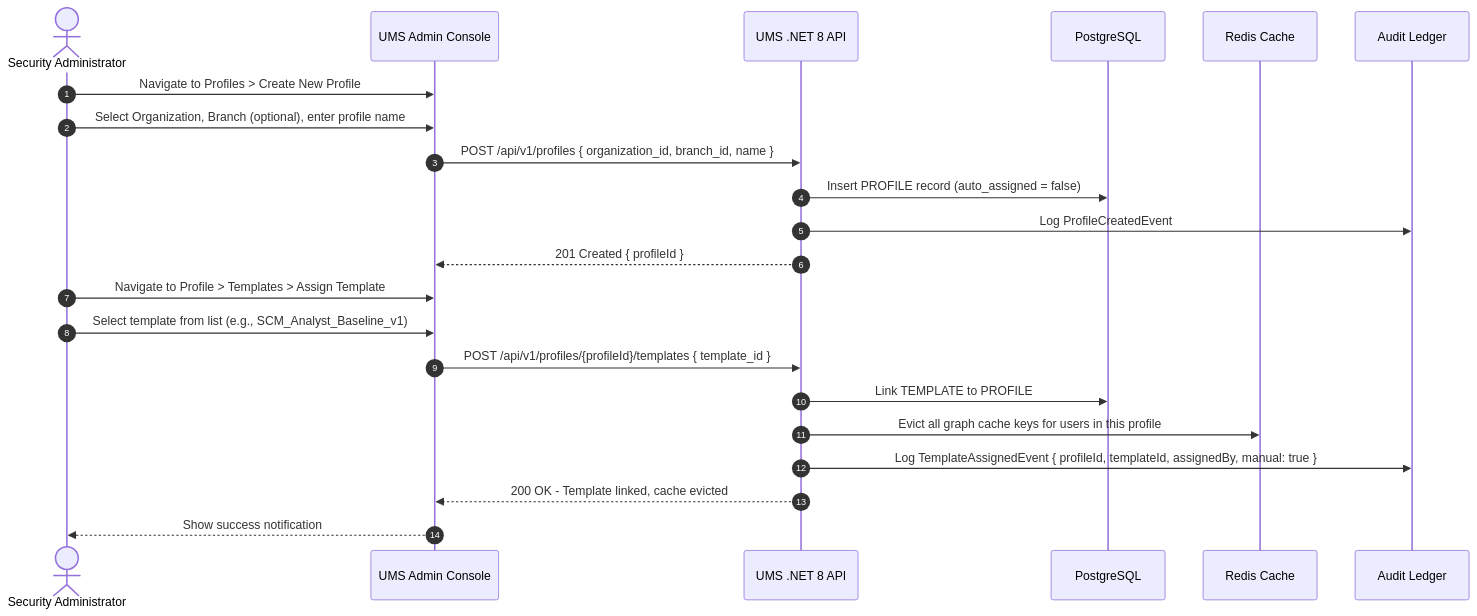
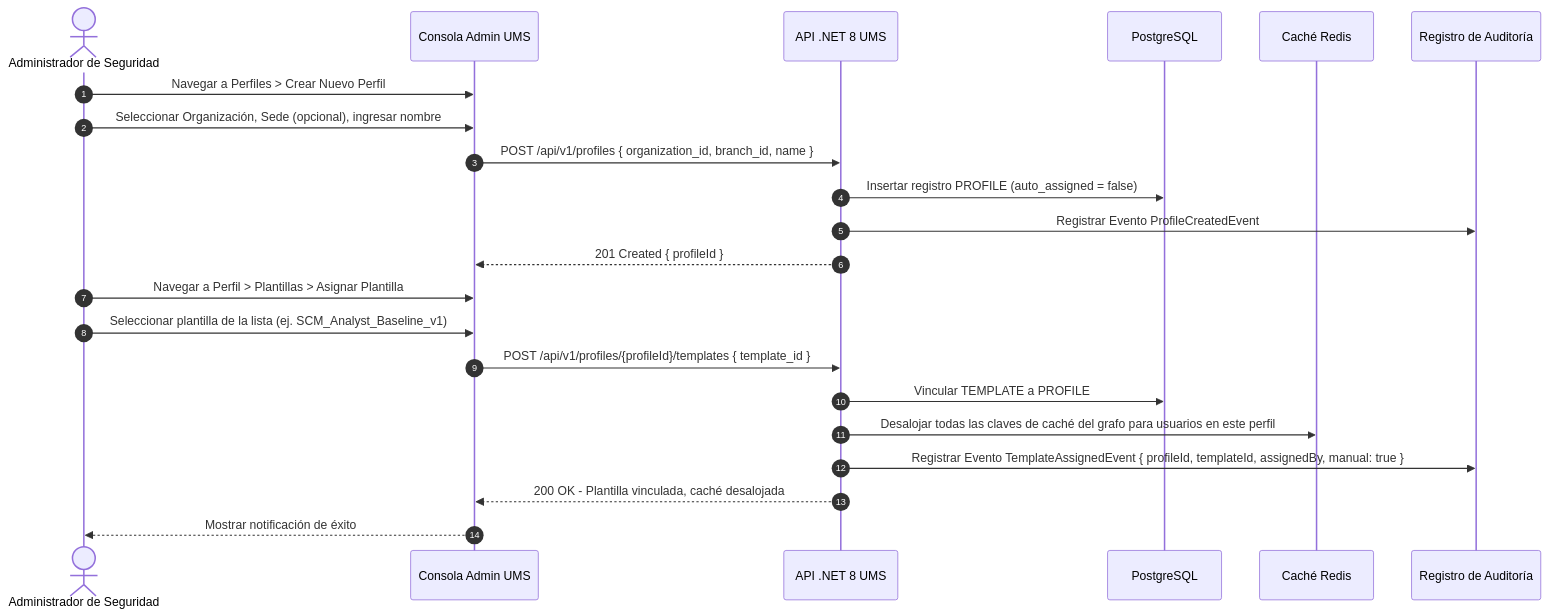
One commit to beyondnetcode/ums changed the diagram in src/ums-workspace/docs/es/01-requirements/usecases/uc-06-create-profile-manual-template.md. Above: the diagram before and after it, drawn with Mermaid. The commit also changed other lines of this file and 6 other files, not shown here.

Commit message:
docs: complete semantic translation of UC-05 to UC-11, unifying language and diagram nodes to Spanish

````diff
--- a/src/ums-workspace/docs/es/01-requirements/usecases/uc-06-create-profile-manual-template.md
+++ b/src/ums-workspace/docs/es/01-requirements/usecases/uc-06-create-profile-manual-template.md
@@ -22,25 +20,25 @@
 ```mermaid
 sequenceDiagram
     autonumber
-    actor Admin as Security Administrator
-    participant Console as UMS Admin Console
-    participant API as UMS .NET 8 API
+    actor Admin as Administrador de Seguridad
+    participant Console as Consola Admin UMS
+    participant API as API .NET 8 UMS
     participant DB as PostgreSQL
-    participant Cache as Redis Cache
-    participant Audit as Audit Ledger
+    participant Cache as Caché Redis
+    participant Audit as Registro de Auditoría
 
-    Admin->>Console: Navigate to Profiles > Create New Profile
-    Admin->>Console: Select Organization, Branch (optional), enter profile name
+    Admin->>Console: Navegar a Perfiles > Crear Nuevo Perfil
+    Admin->>Console: Seleccionar Organización, Sede (opcional), ingresar nombre
     Console->>API: POST /api/v1/profiles { organization_id, branch_id, name }
-    API->>DB: Insert PROFILE record (auto_assigned = false)
-    API->>Audit: Log ProfileCreatedEvent
+    API->>DB: Insertar registro PROFILE (auto_assigned = false)
+    API->>Audit: Registrar Evento ProfileCreatedEvent
     API-->>Console: 201 Created { profileId }
-    Admin->>Console: Navigate to Profile > Templates > Assign Template
-    Admin->>Console: Select template from list (e.g., SCM_Analyst_Baseline_v1)
+    Admin->>Console: Navegar a Perfil > Plantillas > Asignar Plantilla
+    Admin->>Console: Seleccionar plantilla de la lista (ej. SCM_Analyst_Baseline_v1)
     Console->>API: POST /api/v1/profiles/{profileId}/templates { template_id }
-    API->>DB: Link TEMPLATE to PROFILE
-    API->>Cache: Evict all graph cache keys for users in this profile
-    API->>Audit: Log TemplateAssignedEvent { profileId, templateId, assignedBy, manual: true }
-    API-->>Console: 200 OK - Template linked, cache evicted
-    Console-->>Admin: Show success notification
+    API->>DB: Vincular TEMPLATE a PROFILE
+    API->>Cache: Desalojar todas las claves de caché del grafo para usuarios en este perfil
+    API->>Audit: Registrar Evento TemplateAssignedEvent { profileId, templateId, assignedBy, manual: true }
+    API-->>Console: 200 OK - Plantilla vinculada, caché desalojada
+    Console-->>Admin: Mostrar notificación de éxito
 ```
````
